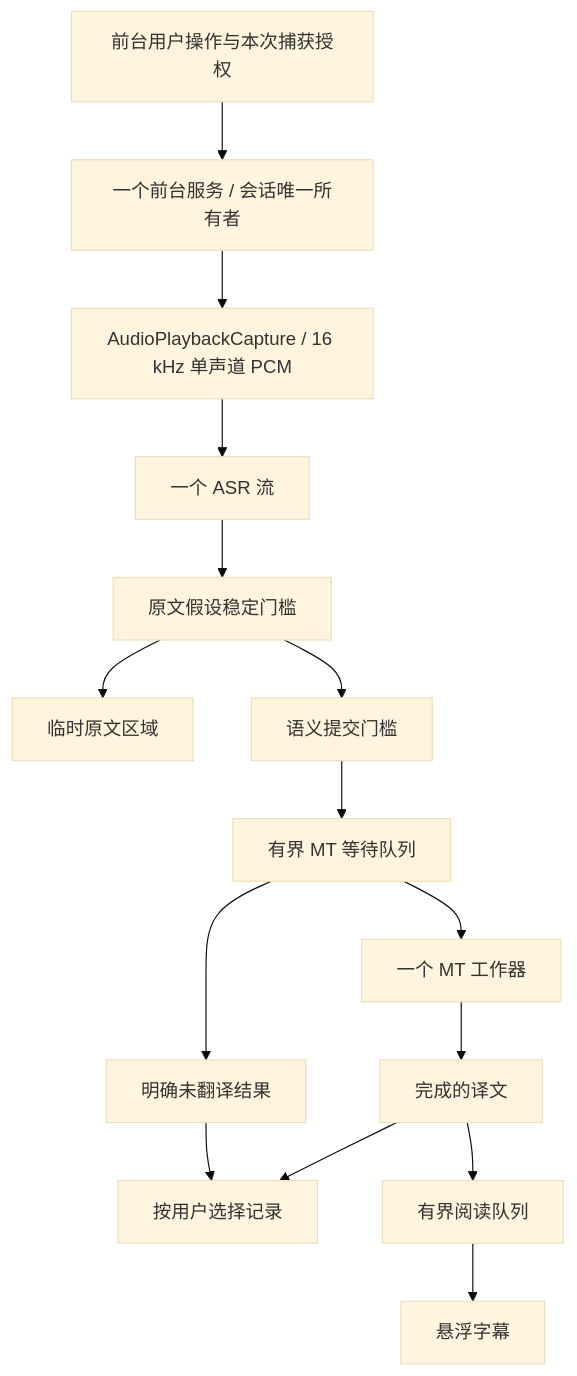
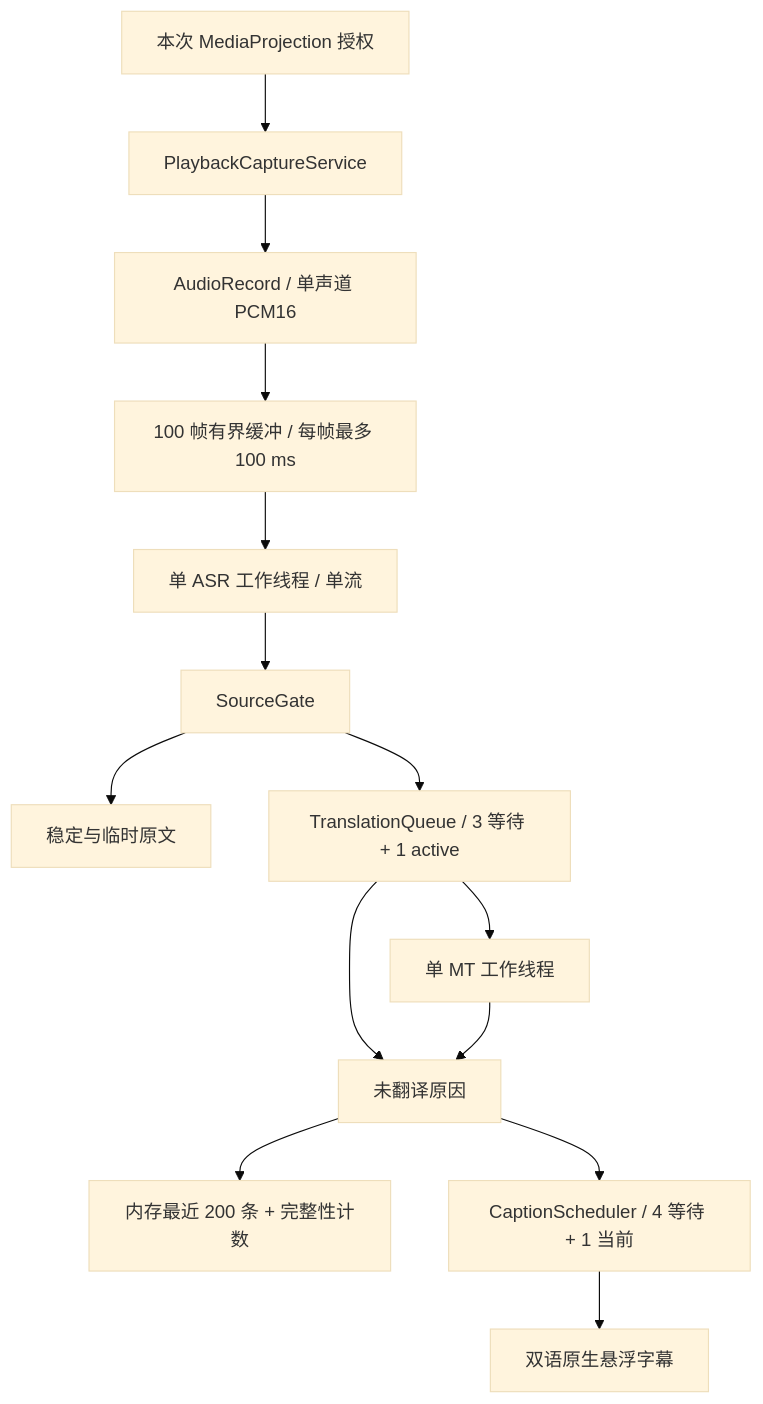
The second of 2 diagrams in docs/architecture.md (CodeBoy2006/CaptionGlass), drawn with Mermaid (base theme) before and after one commit. The commit also changed other lines of this file and 41 other files, not shown here.

````diff
--- a/docs/architecture.md
+++ b/docs/architecture.md
@@ -30,17 +27,16 @@
 ```mermaid
 flowchart TD
-    consent[前台用户操作与本次捕获授权] --> service[一个前台服务 / 会话唯一所有者]
-    service --> audio[AudioPlaybackCapture / 16 kHz 单声道 PCM]
-    audio --> asr[一个 ASR 流]
-    asr --> gate[原文假设稳定门槛]
-    gate --> draft[临时原文区域]
-    gate --> segment[语义提交门槛]
-    segment --> queue[有界 MT 等待队列]
-    queue --> mt[一个 MT 工作器]
-    queue --> missing[明确未翻译结果]
-    mt --> caption[完成的译文]
-    missing --> history[按用户选择记录]
-    caption --> history
-    caption --> scheduler[有界阅读队列]
-    scheduler --> overlay[悬浮字幕]
+    consent[本次 MediaProjection 授权] --> service[PlaybackCaptureService]
+    service --> audio[AudioRecord / 单声道 PCM16]
+    audio --> buffer[100 帧有界缓冲 / 每帧最多 100 ms]
+    buffer --> asr[单 ASR 工作线程 / 单流]
+    asr --> gate[SourceGate]
+    gate --> source[稳定与临时原文]
+    gate --> queue[TranslationQueue / 3 等待 + 1 active]
+    queue --> mt[单 MT 工作线程]
+    queue --> outcome[未翻译原因]
+    mt --> outcome
+    outcome --> history[内存最近 200 条 + 完整性计数]
+    outcome --> scheduler[CaptionScheduler / 4 等待 + 1 当前]
+    scheduler --> overlay[双语原生悬浮字幕]
 ```
````
